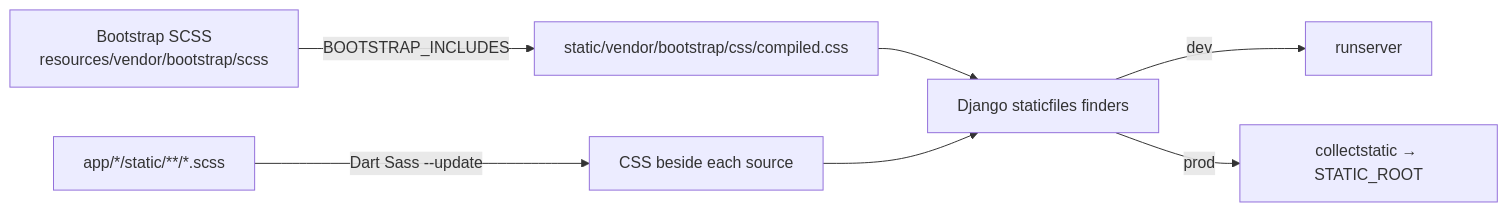
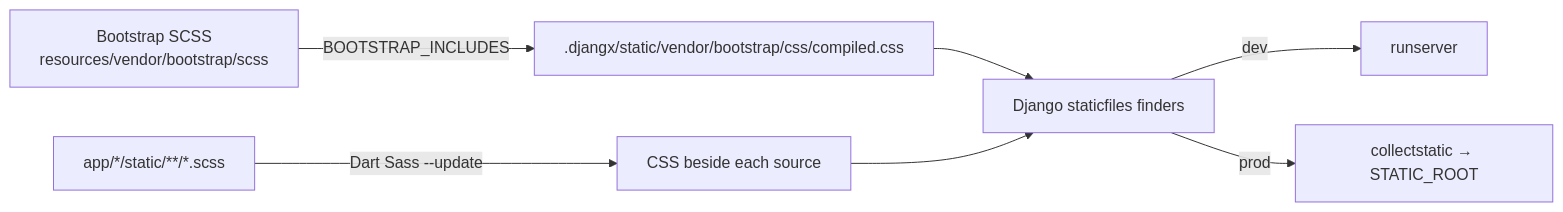
One commit to treeolive-tech/djangX changed the diagram in src/djangx/contrib/sass/README.md. Above: the diagram before and after it, drawn with Mermaid. The commit also changed other lines of this file and 166 other files, not shown here.

````diff
--- a/src/djangx/contrib/sass/README.md
+++ b/src/djangx/contrib/sass/README.md
@@ -96,9 +103,9 @@
 ```mermaid
 flowchart LR
-    B[Bootstrap SCSS<br/>resources/vendor/bootstrap/scss] -->|BOOTSTRAP_INCLUDES| BC[static/vendor/bootstrap/css/compiled.css]
+    B[Bootstrap SCSS<br/>resources/vendor/bootstrap/scss] -->|BOOTSTRAP_INCLUDES| BC[.djangx/static/vendor/bootstrap/css/compiled.css]
     P[app/*/static/**/*.scss] -->|Dart Sass --update| PC[CSS beside each source]
     BC --> F[Django staticfiles finders]
     PC --> F
     F -->|dev| S[runserver]
     F -->|prod| C[collectstatic → STATIC_ROOT]
 ```
````
